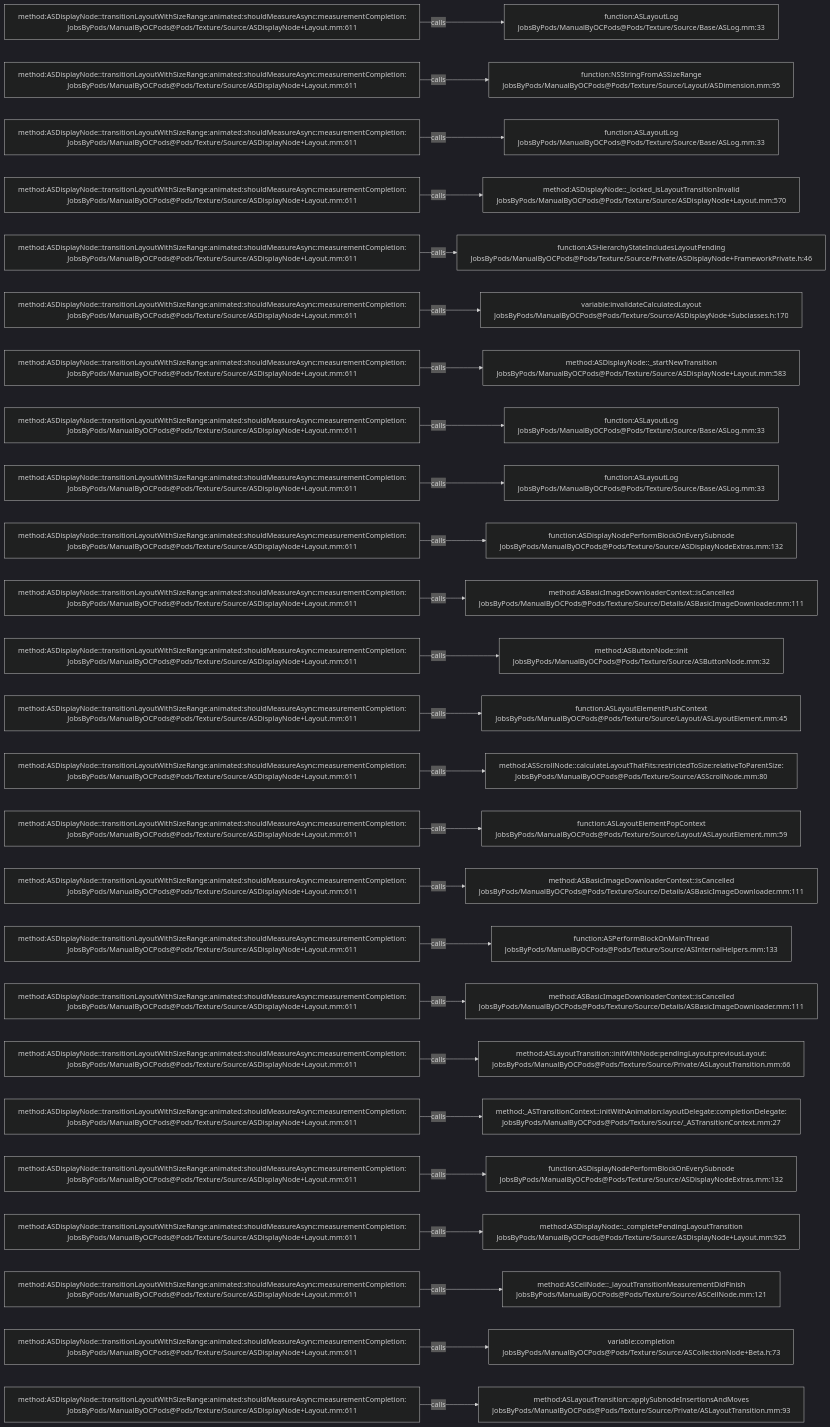
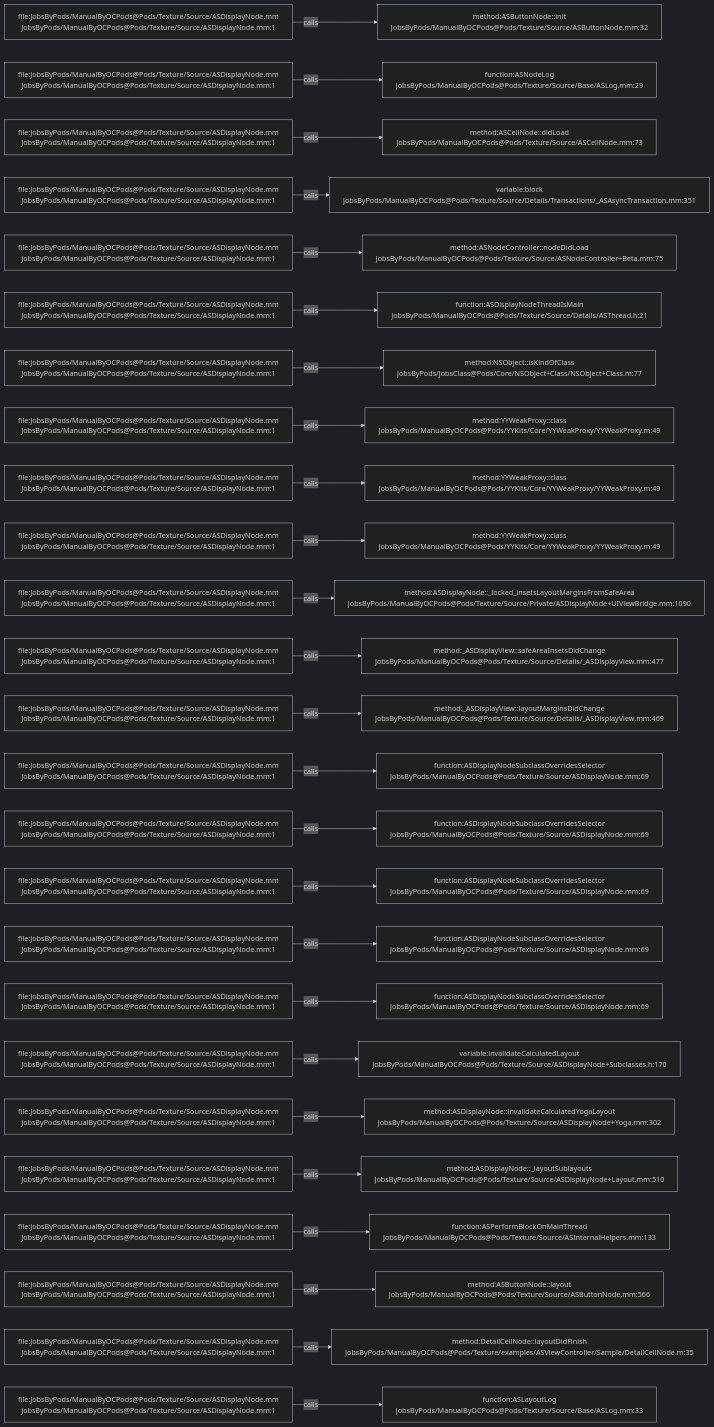
The diagram in .codegraph/codegraph.md/graphs/calls-090.md (JobsKits/JobsOCBaseConfigDemo), drawn with Mermaid (dark theme) before and after one commit. The commit also changed 1448 other files, not shown here.

````diff
--- a/.codegraph/codegraph.md/graphs/calls-090.md
+++ b/.codegraph/codegraph.md/graphs/calls-090.md
@@ -13,78 +13,78 @@
 ```mermaid
 flowchart LR
-  S1["method:ASDisplayNode::transitionLayoutWithSizeRange:animated:shouldMeasureAsync:measurementCompletion:<br/>JobsByPods/ManualByOCPods@Pods/Texture/Source/ASDisplayNode+Layout.mm:611"]
-  T1["function:ASLayoutLog<br/>JobsByPods/ManualByOCPods@Pods/Texture/Source/Base/ASLog.mm:33"]
+  S1["file:JobsByPods/ManualByOCPods@Pods/Texture/Source/ASDisplayNode.mm<br/>JobsByPods/ManualByOCPods@Pods/Texture/Source/ASDisplayNode.mm:1"]
+  T1["method:ASButtonNode::init<br/>JobsByPods/ManualByOCPods@Pods/Texture/Source/ASButtonNode.mm:32"]
   S1 -->|calls| T1
-  S2["method:ASDisplayNode::transitionLayoutWithSizeRange:animated:shouldMeasureAsync:measurementCompletion:<br/>JobsByPods/ManualByOCPods@Pods/Texture/Source/ASDisplayNode+Layout.mm:611"]
-  T2["function:NSStringFromASSizeRange<br/>JobsByPods/ManualByOCPods@Pods/Texture/Source/Layout/ASDimension.mm:95"]
+  S2["file:JobsByPods/ManualByOCPods@Pods/Texture/Source/ASDisplayNode.mm<br/>JobsByPods/ManualByOCPods@Pods/Texture/Source/ASDisplayNode.mm:1"]
+  T2["function:ASNodeLog<br/>JobsByPods/ManualByOCPods@Pods/Texture/Source/Base/ASLog.mm:29"]
   S2 -->|calls| T2
-  S3["method:ASDisplayNode::transitionLayoutWithSizeRange:animated:shouldMeasureAsync:measurementCompletion:<br/>JobsByPods/ManualByOCPods@Pods/Texture/Source/ASDisplayNode+Layout.mm:611"]
-  T3["function:ASLayoutLog<br/>JobsByPods/ManualByOCPods@Pods/Texture/Source/Base/ASLog.mm:33"]
+  S3["file:JobsByPods/ManualByOCPods@Pods/Texture/Source/ASDisplayNode.mm<br/>JobsByPods/ManualByOCPods@Pods/Texture/Source/ASDisplayNode.mm:1"]
+  T3["method:ASCellNode::didLoad<br/>JobsByPods/ManualByOCPods@Pods/Texture/Source/ASCellNode.mm:73"]
   S3 -->|calls| T3
-  S4["method:ASDisplayNode::transitionLayoutWithSizeRange:animated:shouldMeasureAsync:measurementCompletion:<br/>JobsByPods/ManualByOCPods@Pods/Texture/Source/ASDisplayNode+Layout.mm:611"]
-  T4["method:ASDisplayNode::_locked_isLayoutTransitionInvalid<br/>JobsByPods/ManualByOCPods@Pods/Texture/Source/ASDisplayNode+Layout.mm:570"]
+  S4["file:JobsByPods/ManualByOCPods@Pods/Texture/Source/ASDisplayNode.mm<br/>JobsByPods/ManualByOCPods@Pods/Texture/Source/ASDisplayNode.mm:1"]
+  T4["variable:block<br/>JobsByPods/ManualByOCPods@Pods/Texture/Source/Details/Transactions/_ASAsyncTransaction.mm:351"]
   S4 -->|calls| T4
-  S5["method:ASDisplayNode::transitionLayoutWithSizeRange:animated:shouldMeasureAsync:measurementCompletion:<br/>JobsByPods/ManualByOCPods@Pods/Texture/Source/ASDisplayNode+Layout.mm:611"]
-  T5["function:ASHierarchyStateIncludesLayoutPending<br/>JobsByPods/ManualByOCPods@Pods/Texture/Source/Private/ASDisplayNode+FrameworkPrivate.h:46"]
+  S5["file:JobsByPods/ManualByOCPods@Pods/Texture/Source/ASDisplayNode.mm<br/>JobsByPods/ManualByOCPods@Pods/Texture/Source/ASDisplayNode.mm:1"]
+  T5["method:ASNodeController::nodeDidLoad<br/>JobsByPods/ManualByOCPods@Pods/Texture/Source/ASNodeController+Beta.mm:75"]
   S5 -->|calls| T5
-  S6["method:ASDisplayNode::transitionLayoutWithSizeRange:animated:shouldMeasureAsync:measurementCompletion:<br/>JobsByPods/ManualByOCPods@Pods/Texture/Source/ASDisplayNode+Layout.mm:611"]
-  T6["variable:invalidateCalculatedLayout<br/>JobsByPods/ManualByOCPods@Pods/Texture/Source/ASDisplayNode+Subclasses.h:170"]
+  S6["file:JobsByPods/ManualByOCPods@Pods/Texture/Source/ASDisplayNode.mm<br/>JobsByPods/ManualByOCPods@Pods/Texture/Source/ASDisplayNode.mm:1"]
+  T6["function:ASDisplayNodeThreadIsMain<br/>JobsByPods/ManualByOCPods@Pods/Texture/Source/Details/ASThread.h:21"]
   S6 -->|calls| T6
-  S7["method:ASDisplayNode::transitionLayoutWithSizeRange:animated:shouldMeasureAsync:measurementCompletion:<br/>JobsByPods/ManualByOCPods@Pods/Texture/Source/ASDisplayNode+Layout.mm:611"]
-  T7["method:ASDisplayNode::_startNewTransition<br/>JobsByPods/ManualByOCPods@Pods/Texture/Source/ASDisplayNode+Layout.mm:583"]
+  S7["file:JobsByPods/ManualByOCPods@Pods/Texture/Source/ASDisplayNode.mm<br/>JobsByPods/ManualByOCPods@Pods/Texture/Source/ASDisplayNode.mm:1"]
+  T7["method:NSObject::isKindOfClass<br/>JobsByPods/JobsClass@Pods/Core/NSObject+Class/NSObject+Class.m:77"]
   S7 -->|calls| T7
-  S8["method:ASDisplayNode::transitionLayoutWithSizeRange:animated:shouldMeasureAsync:measurementCompletion:<br/>JobsByPods/ManualByOCPods@Pods/Texture/Source/ASDisplayNode+Layout.mm:611"]
-  T8["function:ASLayoutLog<br/>JobsByPods/ManualByOCPods@Pods/Texture/Source/Base/ASLog.mm:33"]
+  S8["file:JobsByPods/ManualByOCPods@Pods/Texture/Source/ASDisplayNode.mm<br/>JobsByPods/ManualByOCPods@Pods/Texture/Source/ASDisplayNode.mm:1"]
+  T8["method:YYWeakProxy::class<br/>JobsByPods/ManualByOCPods@Pods/YYKits/Core/YYWeakProxy/YYWeakProxy.m:49"]
   S8 -->|calls| T8
-  S9["method:ASDisplayNode::transitionLayoutWithSizeRange:animated:shouldMeasureAsync:measurementCompletion:<br/>JobsByPods/ManualByOCPods@Pods/Texture/Source/ASDisplayNode+Layout.mm:611"]
-  T9["function:ASLayoutLog<br/>JobsByPods/ManualByOCPods@Pods/Texture/Source/Base/ASLog.mm:33"]
+  S9["file:JobsByPods/ManualByOCPods@Pods/Texture/Source/ASDisplayNode.mm<br/>JobsByPods/ManualByOCPods@Pods/Texture/Source/ASDisplayNode.mm:1"]
+  T9["method:YYWeakProxy::class<br/>JobsByPods/ManualByOCPods@Pods/YYKits/Core/YYWeakProxy/YYWeakProxy.m:49"]
   S9 -->|calls| T9
-  S10["method:ASDisplayNode::transitionLayoutWithSizeRange:animated:shouldMeasureAsync:measurementCompletion:<br/>JobsByPods/ManualByOCPods@Pods/Texture/Source/ASDisplayNode+Layout.mm:611"]
-  T10["function:ASDisplayNodePerformBlockOnEverySubnode<br/>JobsByPods/ManualByOCPods@Pods/Texture/Source/ASDisplayNodeExtras.mm:132"]
+  S10["file:JobsByPods/ManualByOCPods@Pods/Texture/Source/ASDisplayNode.mm<br/>JobsByPods/ManualByOCPods@Pods/Texture/Source/ASDisplayNode.mm:1"]
+  T10["method:YYWeakProxy::class<br/>JobsByPods/ManualByOCPods@Pods/YYKits/Core/YYWeakProxy/YYWeakProxy.m:49"]
   S10 -->|calls| T10
-  S11["method:ASDisplayNode::transitionLayoutWithSizeRange:animated:shouldMeasureAsync:measurementCompletion:<br/>JobsByPods/ManualByOCPods@Pods/Texture/Source/ASDisplayNode+Layout.mm:611"]
-  T11["method:ASBasicImageDownloaderContext::isCancelled<br/>JobsByPods/ManualByOCPods@Pods/Texture/Source/Details/ASBasicImageDownloader.mm:111"]
+  S11["file:JobsByPods/ManualByOCPods@Pods/Texture/Source/ASDisplayNode.mm<br/>JobsByPods/ManualByOCPods@Pods/Texture/Source/ASDisplayNode.mm:1"]
+  T11["method:ASDisplayNode::_locked_insetsLayoutMarginsFromSafeArea<br/>JobsByPods/ManualByOCPods@Pods/Texture/Source/Private/ASDisplayNode+UIViewBridge.mm:1090"]
   S11 -->|calls| T11
-  S12["method:ASDisplayNode::transitionLayoutWithSizeRange:animated:shouldMeasureAsync:measurementCompletion:<br/>JobsByPods/ManualByOCPods@Pods/Texture/Source/ASDisplayNode+Layout.mm:611"]
-  T12["method:ASButtonNode::init<br/>JobsByPods/ManualByOCPods@Pods/Texture/Source/ASButtonNode.mm:32"]
+  S12["file:JobsByPods/ManualByOCPods@Pods/Texture/Source/ASDisplayNode.mm<br/>JobsByPods/ManualByOCPods@Pods/Texture/Source/ASDisplayNode.mm:1"]
+  T12["method:_ASDisplayView::safeAreaInsetsDidChange<br/>JobsByPods/ManualByOCPods@Pods/Texture/Source/Details/_ASDisplayView.mm:477"]
   S12 -->|calls| T12
-  S13["method:ASDisplayNode::transitionLayoutWithSizeRange:animated:shouldMeasureAsync:measurementCompletion:<br/>JobsByPods/ManualByOCPods@Pods/Texture/Source/ASDisplayNode+Layout.mm:611"]
-  T13["function:ASLayoutElementPushContext<br/>JobsByPods/ManualByOCPods@Pods/Texture/Source/Layout/ASLayoutElement.mm:45"]
+  S13["file:JobsByPods/ManualByOCPods@Pods/Texture/Source/ASDisplayNode.mm<br/>JobsByPods/ManualByOCPods@Pods/Texture/Source/ASDisplayNode.mm:1"]
+  T13["method:_ASDisplayView::layoutMarginsDidChange<br/>JobsByPods/ManualByOCPods@Pods/Texture/Source/Details/_ASDisplayView.mm:469"]
   S13 -->|calls| T13
-  S14["method:ASDisplayNode::transitionLayoutWithSizeRange:animated:shouldMeasureAsync:measurementCompletion:<br/>JobsByPods/ManualByOCPods@Pods/Texture/Source/ASDisplayNode+Layout.mm:611"]
-  T14["method:ASScrollNode::calculateLayoutThatFits:restrictedToSize:relativeToParentSize:<br/>JobsByPods/ManualByOCPods@Pods/Texture/Source/ASScrollNode.mm:80"]
+  S14["file:JobsByPods/ManualByOCPods@Pods/Texture/Source/ASDisplayNode.mm<br/>JobsByPods/ManualByOCPods@Pods/Texture/Source/ASDisplayNode.mm:1"]
+  T14["function:ASDisplayNodeSubclassOverridesSelector<br/>JobsByPods/ManualByOCPods@Pods/Texture/Source/ASDisplayNode.mm:69"]
   S14 -->|calls| T14
-  S15["method:ASDisplayNode::transitionLayoutWithSizeRange:animated:shouldMeasureAsync:measurementCompletion:<br/>JobsByPods/ManualByOCPods@Pods/Texture/Source/ASDisplayNode+Layout.mm:611"]
-  T15["function:ASLayoutElementPopContext<br/>JobsByPods/ManualByOCPods@Pods/Texture/Source/Layout/ASLayoutElement.mm:59"]
+  S15["file:JobsByPods/ManualByOCPods@Pods/Texture/Source/ASDisplayNode.mm<br/>JobsByPods/ManualByOCPods@Pods/Texture/Source/ASDisplayNode.mm:1"]
+  T15["function:ASDisplayNodeSubclassOverridesSelector<br/>JobsByPods/ManualByOCPods@Pods/Texture/Source/ASDisplayNode.mm:69"]
   S15 -->|calls| T15
-  S16["method:ASDisplayNode::transitionLayoutWithSizeRange:animated:shouldMeasureAsync:measurementCompletion:<br/>JobsByPods/ManualByOCPods@Pods/Texture/Source/ASDisplayNode+Layout.mm:611"]
-  T16["method:ASBasicImageDownloaderContext::isCancelled<br/>JobsByPods/ManualByOCPods@Pods/Texture/Source/Details/ASBasicImageDownloader.mm:111"]
+  S16["file:JobsByPods/ManualByOCPods@Pods/Texture/Source/ASDisplayNode.mm<br/>JobsByPods/ManualByOCPods@Pods/Texture/Source/ASDisplayNode.mm:1"]
+  T16["function:ASDisplayNodeSubclassOverridesSelector<br/>JobsByPods/ManualByOCPods@Pods/Texture/Source/ASDisplayNode.mm:69"]
   S16 -->|calls| T16
-  S17["method:ASDisplayNode::transitionLayoutWithSizeRange:animated:shouldMeasureAsync:measurementCompletion:<br/>JobsByPods/ManualByOCPods@Pods/Texture/Source/ASDisplayNode+Layout.mm:611"]
-  T17["function:ASPerformBlockOnMainThread<br/>JobsByPods/ManualByOCPods@Pods/Texture/Source/ASInternalHelpers.mm:133"]
+  S17["file:JobsByPods/ManualByOCPods@Pods/Texture/Source/ASDisplayNode.mm<br/>JobsByPods/ManualByOCPods@Pods/Texture/Source/ASDisplayNode.mm:1"]
+  T17["function:ASDisplayNodeSubclassOverridesSelector<br/>JobsByPods/ManualByOCPods@Pods/Texture/Source/ASDisplayNode.mm:69"]
   S17 -->|calls| T17
-  S18["method:ASDisplayNode::transitionLayoutWithSizeRange:animated:shouldMeasureAsync:measurementCompletion:<br/>JobsByPods/ManualByOCPods@Pods/Texture/Source/ASDisplayNode+Layout.mm:611"]
-  T18["method:ASBasicImageDownloaderContext::isCancelled<br/>JobsByPods/ManualByOCPods@Pods/Texture/Source/Details/ASBasicImageDownloader.mm:111"]
+  S18["file:JobsByPods/ManualByOCPods@Pods/Texture/Source/ASDisplayNode.mm<br/>JobsByPods/ManualByOCPods@Pods/Texture/Source/ASDisplayNode.mm:1"]
+  T18["function:ASDisplayNodeSubclassOverridesSelector<br/>JobsByPods/ManualByOCPods@Pods/Texture/Source/ASDisplayNode.mm:69"]
   S18 -->|calls| T18
-  S19["method:ASDisplayNode::transitionLayoutWithSizeRange:animated:shouldMeasureAsync:measurementCompletion:<br/>JobsByPods/ManualByOCPods@Pods/Texture/Source/ASDisplayNode+Layout.mm:611"]
-  T19["method:ASLayoutTransition::initWithNode:pendingLayout:previousLayout:<br/>JobsByPods/ManualByOCPods@Pods/Texture/Source/Private/ASLayoutTransition.mm:66"]
+  S19["file:JobsByPods/ManualByOCPods@Pods/Texture/Source/ASDisplayNode.mm<br/>JobsByPods/ManualByOCPods@Pods/Texture/Source/ASDisplayNode.mm:1"]
+  T19["variable:invalidateCalculatedLayout<br/>JobsByPods/ManualByOCPods@Pods/Texture/Source/ASDisplayNode+Subclasses.h:170"]
   S19 -->|calls| T19
-  S20["method:ASDisplayNode::transitionLayoutWithSizeRange:animated:shouldMeasureAsync:measurementCompletion:<br/>JobsByPods/ManualByOCPods@Pods/Texture/Source/ASDisplayNode+Layout.mm:611"]
-  T20["method:_ASTransitionContext::initWithAnimation:layoutDelegate:completionDelegate:<br/>JobsByPods/ManualByOCPods@Pods/Texture/Source/_ASTransitionContext.mm:27"]
+  S20["file:JobsByPods/ManualByOCPods@Pods/Texture/Source/ASDisplayNode.mm<br/>JobsByPods/ManualByOCPods@Pods/Texture/Source/ASDisplayNode.mm:1"]
+  T20["method:ASDisplayNode::invalidateCalculatedYogaLayout<br/>JobsByPods/ManualByOCPods@Pods/Texture/Source/ASDisplayNode+Yoga.mm:302"]
   S20 -->|calls| T20
-  S21["method:ASDisplayNode::transitionLayoutWithSizeRange:animated:shouldMeasureAsync:measurementCompletion:<br/>JobsByPods/ManualByOCPods@Pods/Texture/Source/ASDisplayNode+Layout.mm:611"]
-  T21["function:ASDisplayNodePerformBlockOnEverySubnode<br/>JobsByPods/ManualByOCPods@Pods/Texture/Source/ASDisplayNodeExtras.mm:132"]
+  S21["file:JobsByPods/ManualByOCPods@Pods/Texture/Source/ASDisplayNode.mm<br/>JobsByPods/ManualByOCPods@Pods/Texture/Source/ASDisplayNode.mm:1"]
+  T21["method:ASDisplayNode::_layoutSublayouts<br/>JobsByPods/ManualByOCPods@Pods/Texture/Source/ASDisplayNode+Layout.mm:510"]
   S21 -->|calls| T21
-  S22["method:ASDisplayNode::transitionLayoutWithSizeRange:animated:shouldMeasureAsync:measurementCompletion:<br/>JobsByPods/ManualByOCPods@Pods/Texture/Source/ASDisplayNode+Layout.mm:611"]
-  T22["method:ASDisplayNode::_completePendingLayoutTransition<br/>JobsByPods/ManualByOCPods@Pods/Texture/Source/ASDisplayNode+Layout.mm:925"]
+  S22["file:JobsByPods/ManualByOCPods@Pods/Texture/Source/ASDisplayNode.mm<br/>JobsByPods/ManualByOCPods@Pods/Texture/Source/ASDisplayNode.mm:1"]
+  T22["function:ASPerformBlockOnMainThread<br/>JobsByPods/ManualByOCPods@Pods/Texture/Source/ASInternalHelpers.mm:133"]
   S22 -->|calls| T22
-  S23["method:ASDisplayNode::transitionLayoutWithSizeRange:animated:shouldMeasureAsync:measurementCompletion:<br/>JobsByPods/ManualByOCPods@Pods/Texture/Source/ASDisplayNode+Layout.mm:611"]
-  T23["method:ASCellNode::_layoutTransitionMeasurementDidFinish<br/>JobsByPods/ManualByOCPods@Pods/Texture/Source/ASCellNode.mm:121"]
+  S23["file:JobsByPods/ManualByOCPods@Pods/Texture/Source/ASDisplayNode.mm<br/>JobsByPods/ManualByOCPods@Pods/Texture/Source/ASDisplayNode.mm:1"]
+  T23["method:ASButtonNode::layout<br/>JobsByPods/ManualByOCPods@Pods/Texture/Source/ASButtonNode.mm:566"]
   S23 -->|calls| T23
-  S24["method:ASDisplayNode::transitionLayoutWithSizeRange:animated:shouldMeasureAsync:measurementCompletion:<br/>JobsByPods/ManualByOCPods@Pods/Texture/Source/ASDisplayNode+Layout.mm:611"]
-  T24["variable:completion<br/>JobsByPods/ManualByOCPods@Pods/Texture/Source/ASCollectionNode+Beta.h:73"]
+  S24["file:JobsByPods/ManualByOCPods@Pods/Texture/Source/ASDisplayNode.mm<br/>JobsByPods/ManualByOCPods@Pods/Texture/Source/ASDisplayNode.mm:1"]
+  T24["method:DetailCellNode::layoutDidFinish<br/>JobsByPods/ManualByOCPods@Pods/Texture/examples/ASViewController/Sample/DetailCellNode.m:35"]
   S24 -->|calls| T24
-  S25["method:ASDisplayNode::transitionLayoutWithSizeRange:animated:shouldMeasureAsync:measurementCompletion:<br/>JobsByPods/ManualByOCPods@Pods/Texture/Source/ASDisplayNode+Layout.mm:611"]
-  T25["method:ASLayoutTransition::applySubnodeInsertionsAndMoves<br/>JobsByPods/ManualByOCPods@Pods/Texture/Source/Private/ASLayoutTransition.mm:93"]
+  S25["file:JobsByPods/ManualByOCPods@Pods/Texture/Source/ASDisplayNode.mm<br/>JobsByPods/ManualByOCPods@Pods/Texture/Source/ASDisplayNode.mm:1"]
+  T25["function:ASLayoutLog<br/>JobsByPods/ManualByOCPods@Pods/Texture/Source/Base/ASLog.mm:33"]
   S25 -->|calls| T25
 ```
````
